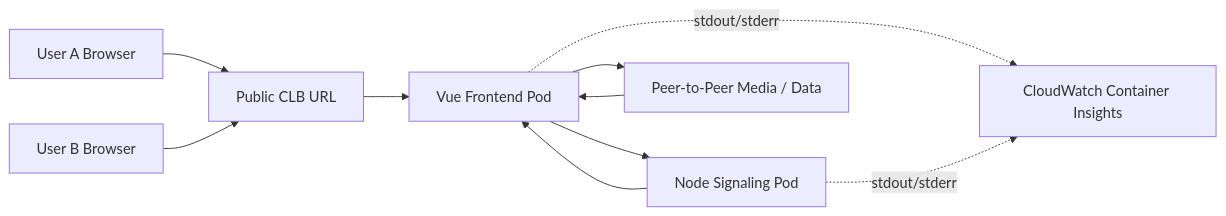
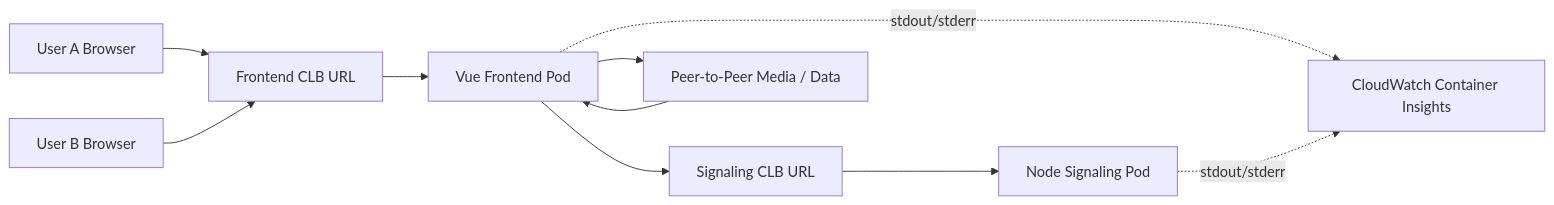
The diagram in 19-EKS-Docker-Advanced-WebRTC-Vue/README.md (edumgt/AWS-EKS-Class-Master), drawn with Mermaid before and after one commit. The commit also changed other lines of this file and 3 other files, not shown here.

````diff
--- a/19-EKS-Docker-Advanced-WebRTC-Vue/README.md
+++ b/19-EKS-Docker-Advanced-WebRTC-Vue/README.md
@@ -49,20 +50,21 @@
 ```mermaid
 flowchart LR
     U1[User A Browser]
     U2[User B Browser]
-    CLB[Public CLB URL]
+    CLBFE[Frontend CLB URL]
+    CLBSIG[Signaling CLB URL]
     FE[Vue Frontend Pod]
     SIG[Node Signaling Pod]
     P2P[Peer-to-Peer Media / Data]
     CW[CloudWatch Container Insights]
 
-    U1 --> CLB
-    U2 --> CLB
-    CLB --> FE
-    FE --> SIG
-    SIG --> FE
+    U1 --> CLBFE
+    U2 --> CLBFE
+    CLBFE --> FE
+    FE --> CLBSIG
+    CLBSIG --> SIG
     FE --> P2P
     P2P --> FE
     FE -. stdout/stderr .-> CW
     SIG -. stdout/stderr .-> CW
 ```
````
